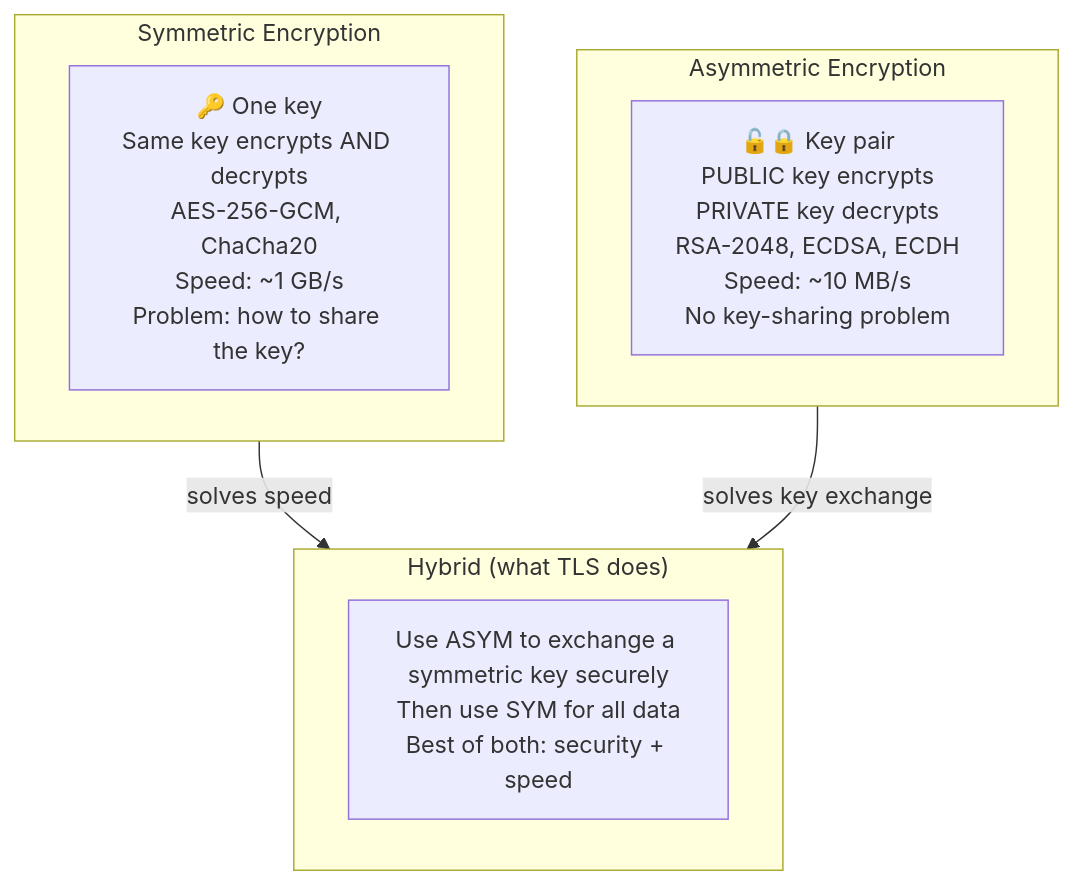
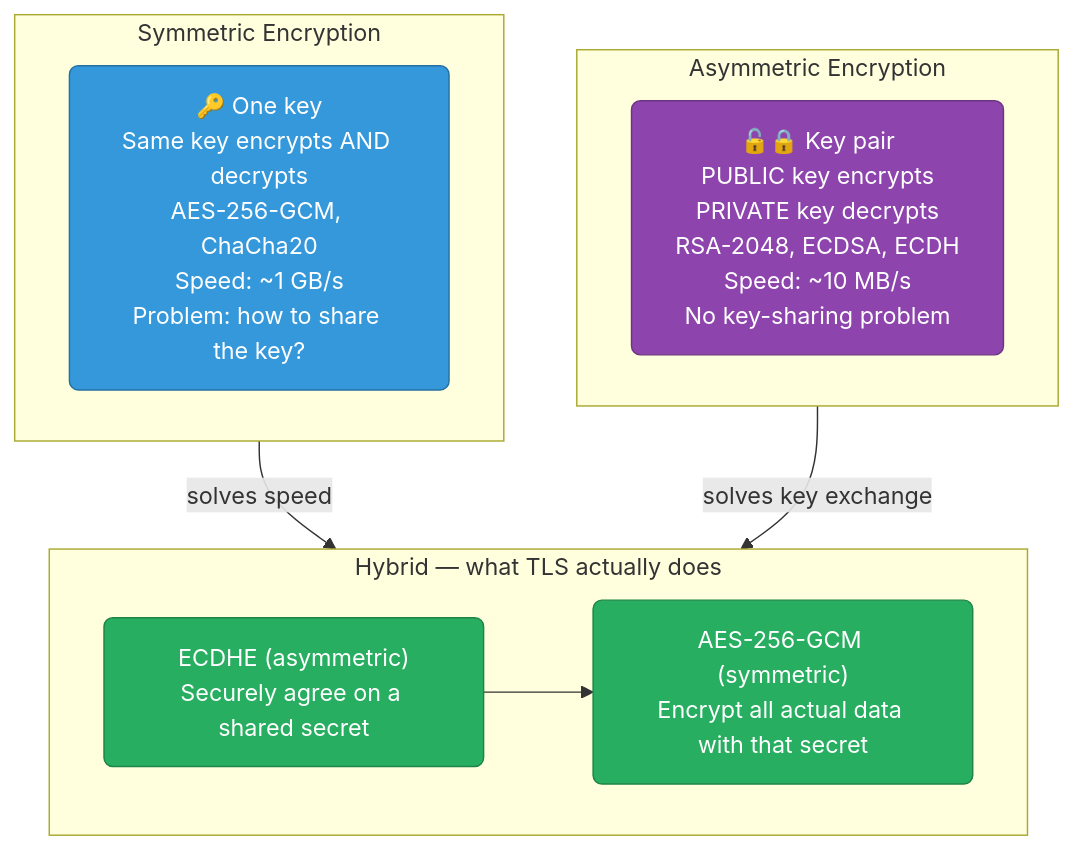
The fourth of 13 diagrams in networking/tls-encryption.md (deepanshu-rawat6/DevOpsIndex), drawn with Mermaid before and after one commit. The commit also changed other lines of this file and 8 other files, not shown here.

````diff
--- a/networking/tls-encryption.md
+++ b/networking/tls-encryption.md
@@ -86,17 +121,23 @@
 ```mermaid
 graph TD
+    classDef sym fill:#3498db,stroke:#2471a3,color:#fff,rx:6
+    classDef asym fill:#8e44ad,stroke:#6c3483,color:#fff,rx:6
+    classDef hybrid fill:#27ae60,stroke:#1e8449,color:#fff,rx:6
+
     subgraph SYM["Symmetric Encryption"]
-        SA["🔑 One key<br>Same key encrypts AND decrypts<br>AES-256-GCM, ChaCha20<br>Speed: ~1 GB/s<br>Problem: how to share the key?"]
+        SA["🔑 One key<br/>Same key encrypts AND decrypts<br/>AES-256-GCM, ChaCha20<br/>Speed: ~1 GB/s<br/>Problem: how to share the key?"]:::sym
     end
 
     subgraph ASYM["Asymmetric Encryption"]
-        AS["🔓🔒 Key pair<br>PUBLIC key encrypts<br>PRIVATE key decrypts<br>RSA-2048, ECDSA, ECDH<br>Speed: ~10 MB/s<br>No key-sharing problem"]
+        AS["🔓🔒 Key pair<br/>PUBLIC key encrypts<br/>PRIVATE key decrypts<br/>RSA-2048, ECDSA, ECDH<br/>Speed: ~10 MB/s<br/>No key-sharing problem"]:::asym
     end
 
-    subgraph HYBRID["Hybrid (what TLS does)"]
-        HY["Use ASYM to exchange a symmetric key securely<br>Then use SYM for all data<br>Best of both: security + speed"]
+    subgraph HYBRID["Hybrid — what TLS actually does"]
+        H1["ECDHE (asymmetric)<br/>Securely agree on a shared secret"]:::hybrid
+        H2["AES-256-GCM (symmetric)<br/>Encrypt all actual data with that secret"]:::hybrid
+        H1 --> H2
     end
 
     SYM -->|"solves speed"| HYBRID
     ASYM -->|"solves key exchange"| HYBRID
 ```
````
